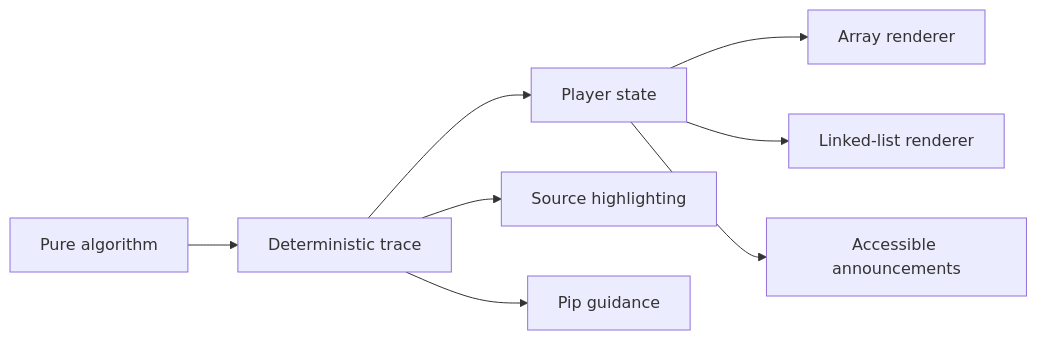
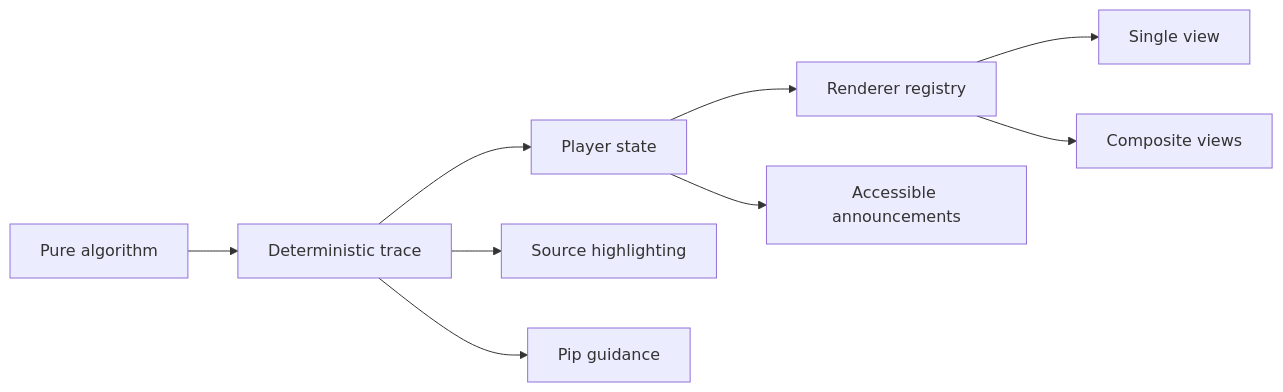
One commit to everdein/dsa-dojo changed the diagram in README.md. Above: the diagram before and after it, drawn with Mermaid. The commit also changed other lines of this file and 311 other files, not shown here.

````diff
--- a/README.md
+++ b/README.md
@@ -89,10 +101,11 @@
 ```mermaid
 flowchart LR
   A["Pure algorithm"] --> T["Deterministic trace"]
   T --> P["Player state"]
   T --> C["Source highlighting"]
   T --> G["Pip guidance"]
-  P --> R1["Array renderer"]
-  P --> R2["Linked-list renderer"]
+  P --> RR["Renderer registry"]
+  RR --> R1["Single view"]
+  RR --> R2["Composite views"]
   P --> L["Accessible announcements"]
 ```
````
